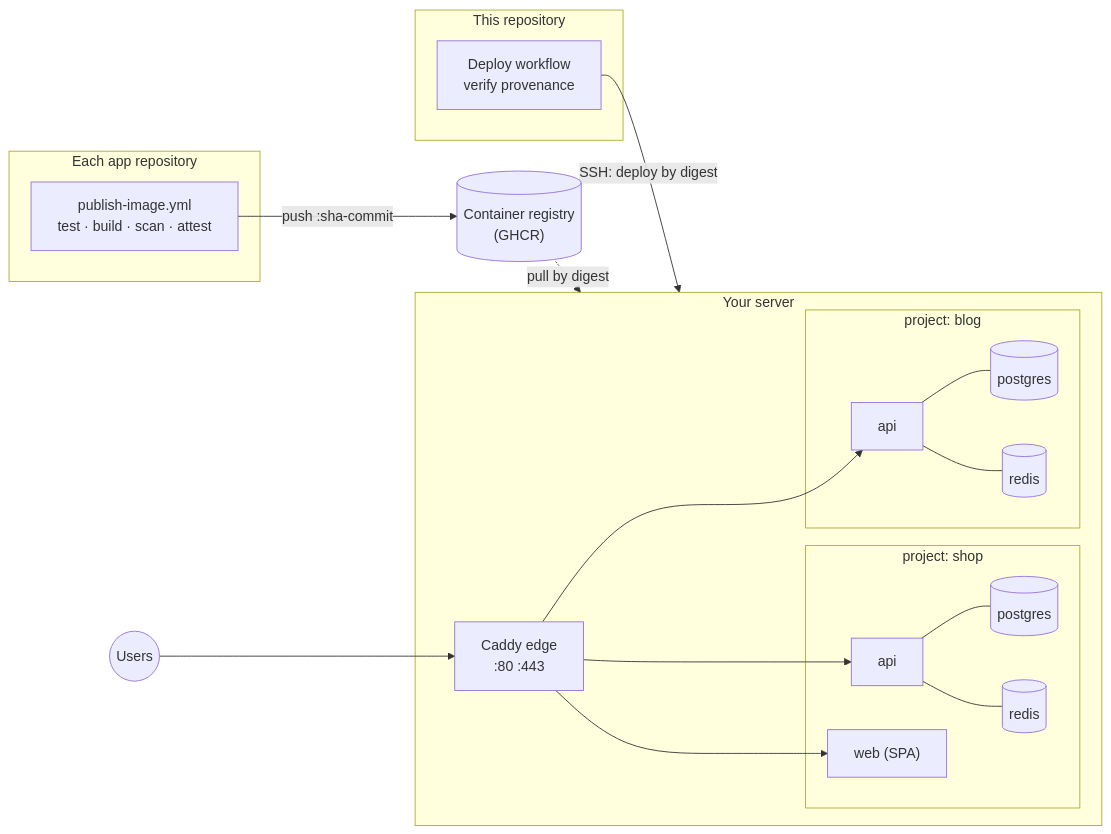
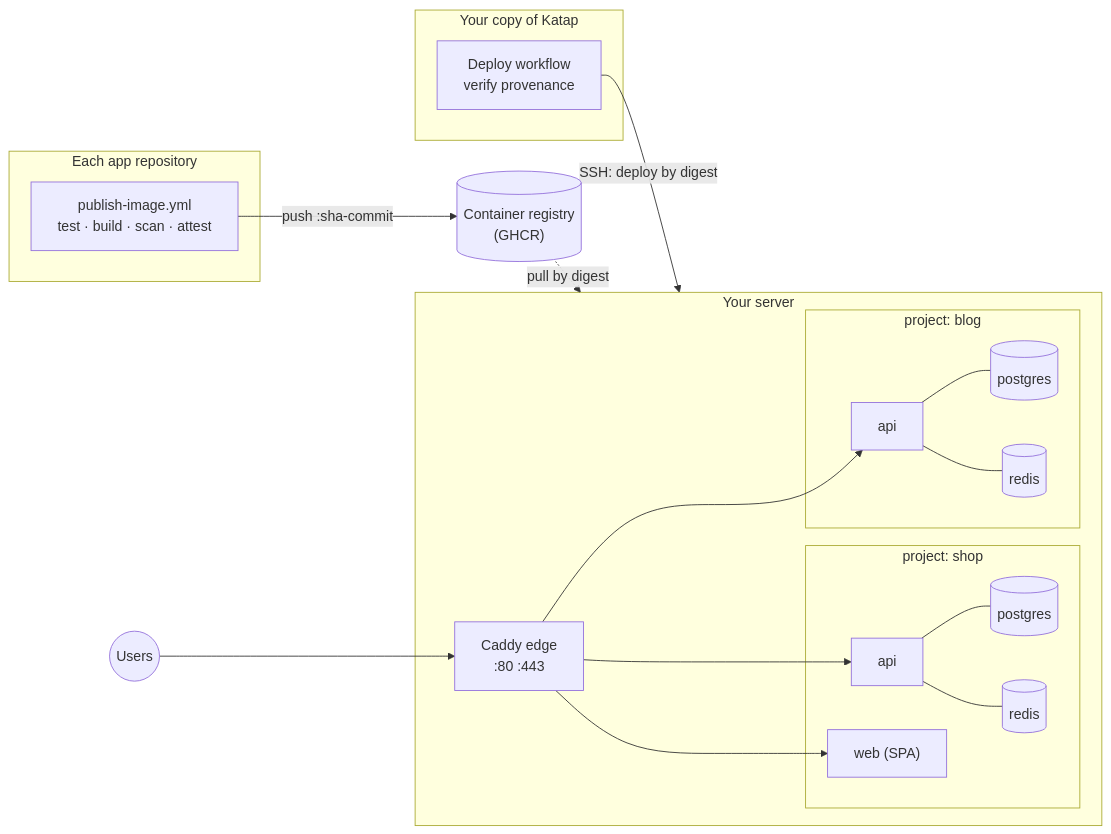
One commit to jaylordibe/katap changed the diagram in README.md. Above: the diagram before and after it, drawn with Mermaid. The commit also changed other lines of this file, not shown here.

````diff
--- a/README.md
+++ b/README.md
@@ -57,27 +57,27 @@
 ```mermaid
 flowchart LR
     subgraph app["Each app repository"]
         P["publish-image.yml<br/>test · build · scan · attest"]
     end
     REG[("Container registry<br/>(GHCR)")]
-    subgraph katap["This repository"]
+    subgraph katap["Your copy of Katap"]
         D["Deploy workflow<br/>verify provenance"]
     end
     subgraph server["Your server"]
         E["Caddy edge<br/>:80 :443"]
         subgraph A["project: shop"]
             A1["api"] --- A2[("postgres")]
             A1 --- A3[("redis")]
             A4["web (SPA)"]
         end
         subgraph B["project: blog"]
             B1["api"] --- B2[("postgres")]
             B1 --- B3[("redis")]
         end
     end
     U(("Users")) --> E
     E --> A1 & A4 & B1
     P -- "push :sha-commit" --> REG
     D -- "SSH: deploy by digest" --> server
     REG -. "pull by digest" .-> server
 ```
````
